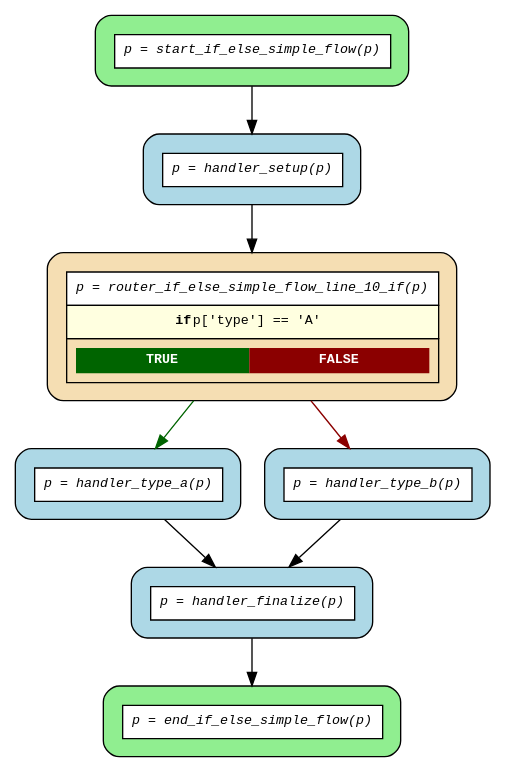
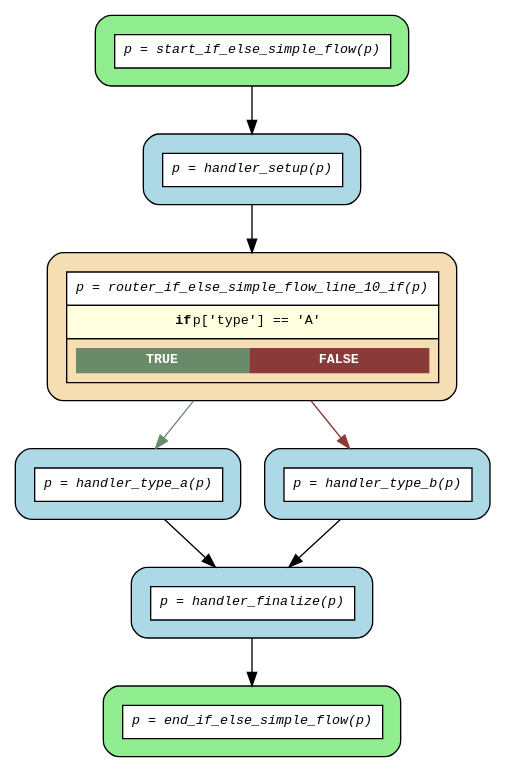
One commit to mrhillsman-enterprise-ai/asya changed the diagram in examples/flows/compiled/if_else_simple/flow.dot. Above: the diagram before and after it, drawn with Graphviz. The commit also changed 83 other files, not shown here.

First line of the commit message:
feat(flow): add try-except-finally support to Flow DSL compiler (#185)

```diff
--- a/examples/flows/compiled/if_else_simple/flow.dot
+++ b/examples/flows/compiled/if_else_simple/flow.dot
@@ -1,22 +1,22 @@
 digraph flow {
   rankdir=TB;
   graph [fontname="Courier", fontsize=10];
   node [fontname="Courier", fontsize=10, shape=box, style="filled,rounded", margin="0.2"];
   edge [fontname="Courier", fontsize=10];
 
   start_if_else_simple_flow [fillcolor="lightgreen", label=<<table border="0" cellspacing="0" cellpadding="6" cellborder="1"><tr><td bgcolor="white" align="center"><i>p = start_if_else_simple_flow(p)</i></td></tr></table>>];
-  router_if_else_simple_flow_line_10_if [fillcolor="wheat", label=<<table border="0" cellspacing="0" cellpadding="6" cellborder="1"><tr><td bgcolor="white" align="center"><i>p = router_if_else_simple_flow_line_10_if(p)</i></td></tr><tr><td bgcolor="lightyellow"><b>if</b> p['type'] == 'A'</td></tr><tr><td><table border="0" cellspacing="0" cellpadding="4"><tr><td bgcolor="darkgreen"><font color="white"><b>TRUE</b></font></td><td bgcolor="darkred"><font color="white"><b>FALSE</b></font></td></tr></table></td></tr></table>>];
+  router_if_else_simple_flow_line_10_if [fillcolor="wheat", label=<<table border="0" cellspacing="0" cellpadding="6" cellborder="1"><tr><td bgcolor="white" align="center"><i>p = router_if_else_simple_flow_line_10_if(p)</i></td></tr><tr><td bgcolor="lightyellow"><b>if</b> p['type'] == 'A'</td></tr><tr><td><table border="0" cellspacing="0" cellpadding="4"><tr><td bgcolor="darkseagreen4"><font color="white"><b>TRUE</b></font></td><td bgcolor="indianred4"><font color="white"><b>FALSE</b></font></td></tr></table></td></tr></table>>];
   end_if_else_simple_flow [fillcolor="lightgreen", label=<<table border="0" cellspacing="0" cellpadding="6" cellborder="1"><tr><td bgcolor="white" align="center"><i>p = end_if_else_simple_flow(p)</i></td></tr></table>>];
   handler_finalize [fillcolor="lightblue", label=<<table border="0" cellspacing="0" cellpadding="6" cellborder="1"><tr><td bgcolor="white" align="center"><i>p = handler_finalize(p)</i></td></tr></table>>];
   handler_setup [fillcolor="lightblue", label=<<table border="0" cellspacing="0" cellpadding="6" cellborder="1"><tr><td bgcolor="white" align="center"><i>p = handler_setup(p)</i></td></tr></table>>];
   handler_type_a [fillcolor="lightblue", label=<<table border="0" cellspacing="0" cellpadding="6" cellborder="1"><tr><td bgcolor="white" align="center"><i>p = handler_type_a(p)</i></td></tr></table>>];
   handler_type_b [fillcolor="lightblue", label=<<table border="0" cellspacing="0" cellpadding="6" cellborder="1"><tr><td bgcolor="white" align="center"><i>p = handler_type_b(p)</i></td></tr></table>>];
 
   handler_finalize -> end_if_else_simple_flow;
   handler_setup -> router_if_else_simple_flow_line_10_if;
   handler_type_a -> handler_finalize;
   handler_type_b -> handler_finalize;
-  router_if_else_simple_flow_line_10_if -> handler_type_a [color=darkgreen];
-  router_if_else_simple_flow_line_10_if -> handler_type_b [color=darkred];
+  router_if_else_simple_flow_line_10_if -> handler_type_a [color=darkseagreen4];
+  router_if_else_simple_flow_line_10_if -> handler_type_b [color=indianred4];
   start_if_else_simple_flow -> handler_setup;
 }
```
